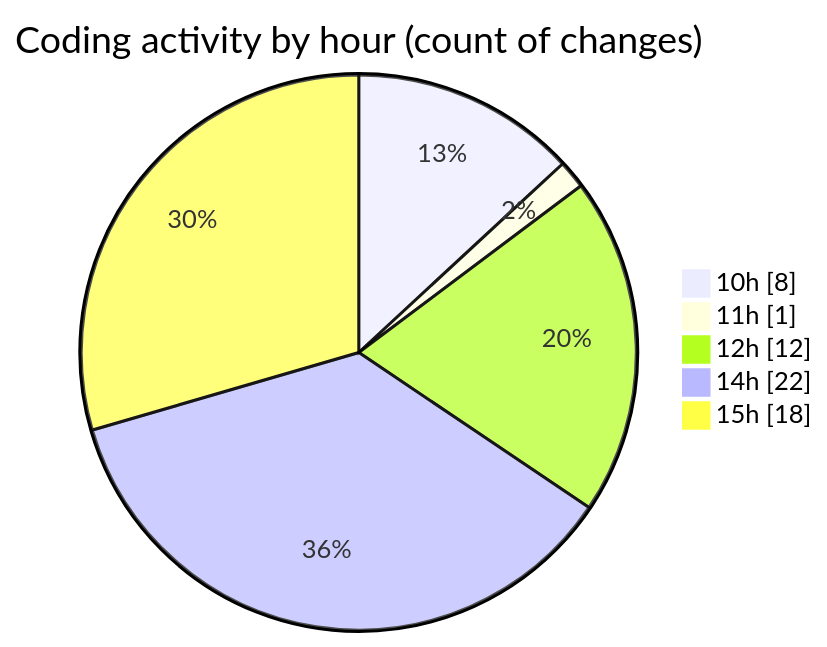
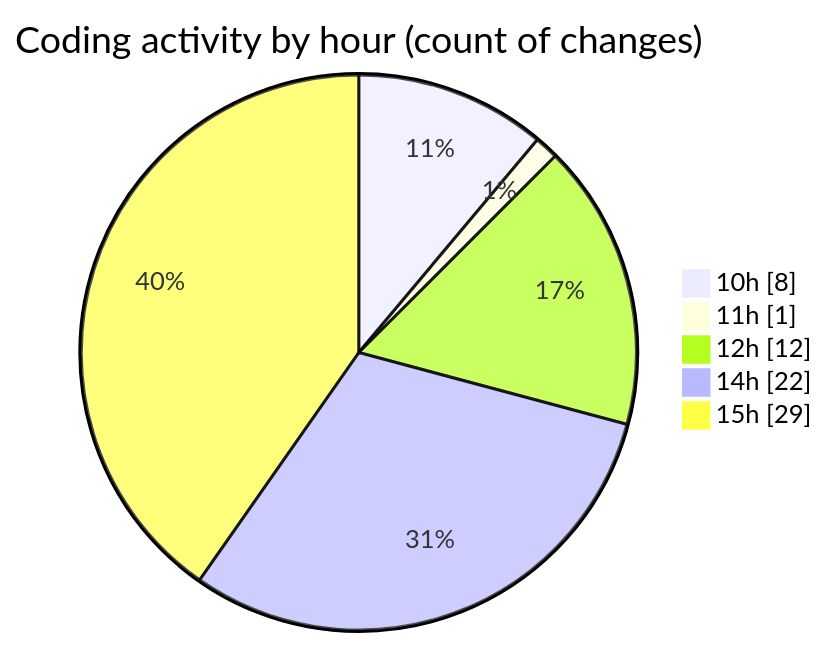
The second of 2 diagrams in 2025-07-31/cda/README.md (momahboobian/code-tracking), drawn with Mermaid before and after one commit. The commit also changed other lines of this file and 1 other file, not shown here.

````diff
--- a/2025-07-31/cda/README.md
+++ b/2025-07-31/cda/README.md
@@ -35,9 +35,9 @@
 ```mermaid
 pie showData
 title Coding activity by hour (count of changes)
 "10h" : 8
 "11h" : 1
 "12h" : 12
 "14h" : 22
-"15h" : 18
+"15h" : 29
 ```
````
